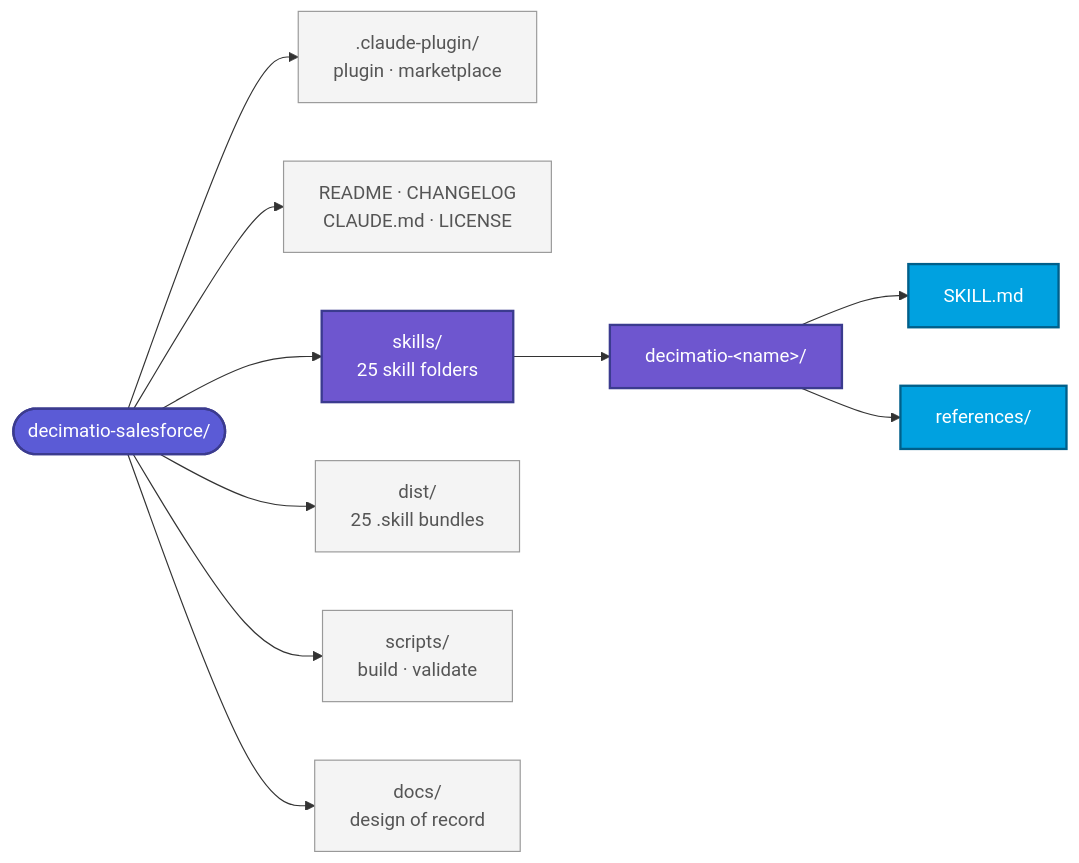
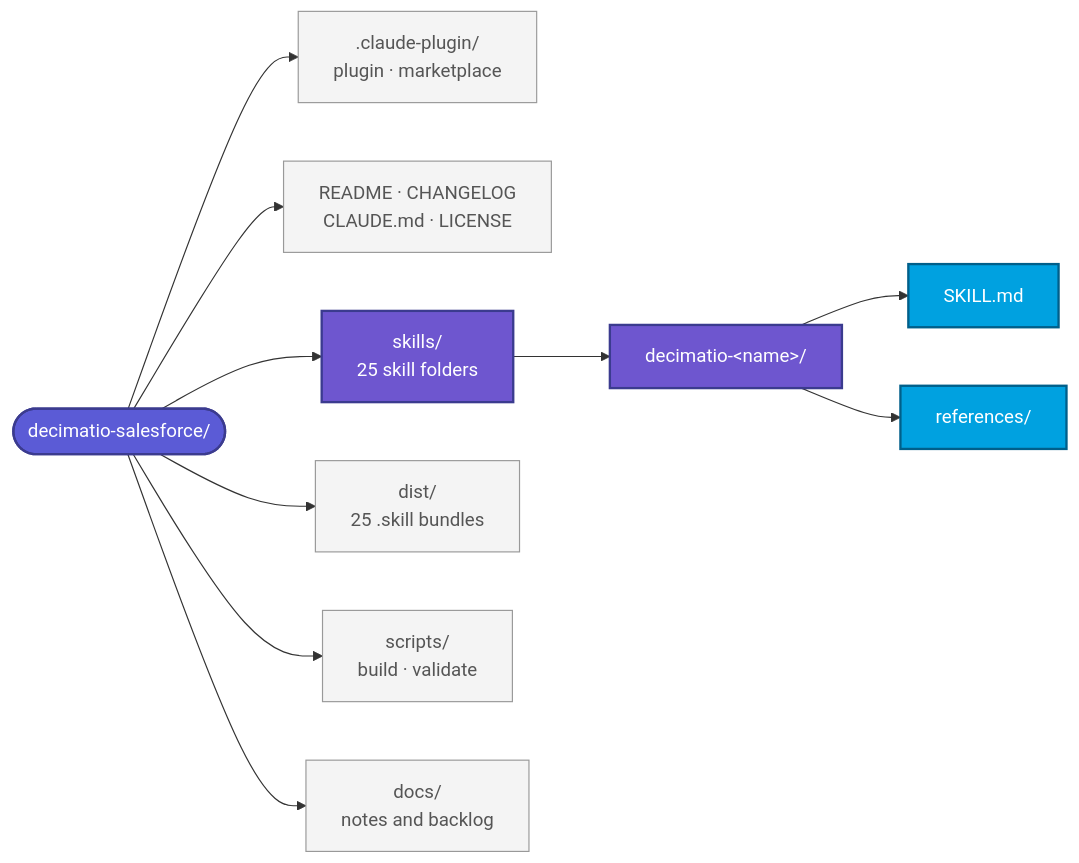
One commit to Dyarchia/dyarchia-salesforce changed the first of 3 diagrams in README.md. Above: the diagram before and after it, drawn with Mermaid. The commit also changed other lines of this file and 4 other files, not shown here.

````diff
--- a/README.md
+++ b/README.md
@@ -94,24 +94,24 @@
 ```mermaid
 graph LR
     Root([decimatio-salesforce/])
     Root --> Plugin[".claude-plugin/<br/>plugin · marketplace"]
     Root --> Meta["README · CHANGELOG<br/>CLAUDE.md · LICENSE"]
     Root --> SK["skills/<br/>25 skill folders"]
     Root --> Dist["dist/<br/>25 .skill bundles"]
     Root --> Scripts["scripts/<br/>build · validate"]
-    Root --> Docs["docs/<br/>design of record"]
+    Root --> Docs["docs/<br/>notes and backlog"]
 
     SK --> Skill["decimatio-&lt;name&gt;/"]
     Skill --> SM["SKILL.md"]
     Skill --> Refs["references/"]
 
     classDef root fill:#5B5BD6,stroke:#3B3B8F,color:#fff,stroke-width:2px
     classDef domainFolder fill:#6E56CF,stroke:#3B3B8F,color:#fff,stroke-width:2px
     classDef skillFolder fill:#00A1E0,stroke:#005F8A,color:#fff,stroke-width:2px
     classDef meta fill:#F4F4F4,stroke:#999,color:#555
 
     class Root root
     class SK,Skill domainFolder
     class SM,Refs skillFolder
     class Plugin,Meta,Dist,Scripts,Docs meta
 ```
````
